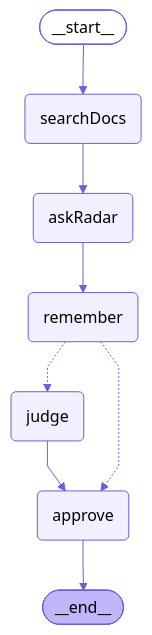
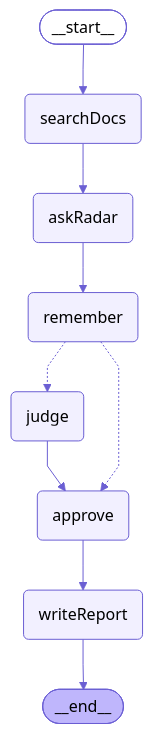
The diagram in docs/graphs/step-1.md (mwmw7/airforce-agentic-ai), drawn with Mermaid before and after one commit. The commit also changed 21 other files, not shown here.

Commit message:
feat(report): writeReport 노드 — 사람이 결정한 뒤 LLM 이 브리핑 문장만 써서 reports/ 에만 저장 (결정 · 시각은 코드가 머리말에, reports/ 밖 경로 거부, 모델 실패 · mock 이면 사실 목록 그대로). 그래프 approve → writeReport → END, 슬라이드 '보고서는 누가 쓰나?' 1장 추가

````diff
--- a/docs/graphs/step-1.md
+++ b/docs/graphs/step-1.md
@@ -3,22 +3,24 @@
 ```mermaid
 %%{init: {'theme': 'base', 'themeVariables': {'background': '#ffffff', 'primaryColor': '#f2f0ff', 'primaryTextColor': '#000000', 'primaryBorderColor': '#6b5fd3', 'lineColor': '#6b5fd3', 'textColor': '#000000', 'clusterBkg': '#fafaff', 'clusterBorder': '#6b5fd3'}, 'flowchart': {'curve': 'linear', 'htmlLabels': false}}}%%
 graph TD;
 	__start__([<p>__start__</p>]):::first
 	searchDocs(searchDocs)
 	askRadar(askRadar)
 	remember(remember)
 	judge(judge)
 	approve(approve)
+	writeReport(writeReport)
 	__end__([<p>__end__</p>]):::last
 	__start__ --> searchDocs;
-	approve --> __end__;
+	approve --> writeReport;
 	askRadar --> remember;
 	judge --> approve;
 	searchDocs --> askRadar;
+	writeReport --> __end__;
 	remember -.-> judge;
 	remember -.-> approve;
 	classDef default fill:#f2f0ff,stroke:#6b5fd3,color:#000000,line-height:1.2;
 	classDef first fill:#ffffff,stroke:#6b5fd3,color:#000000;
 	classDef last fill:#bfb6fc,stroke:#6b5fd3,color:#000000;
 
 ```
````
